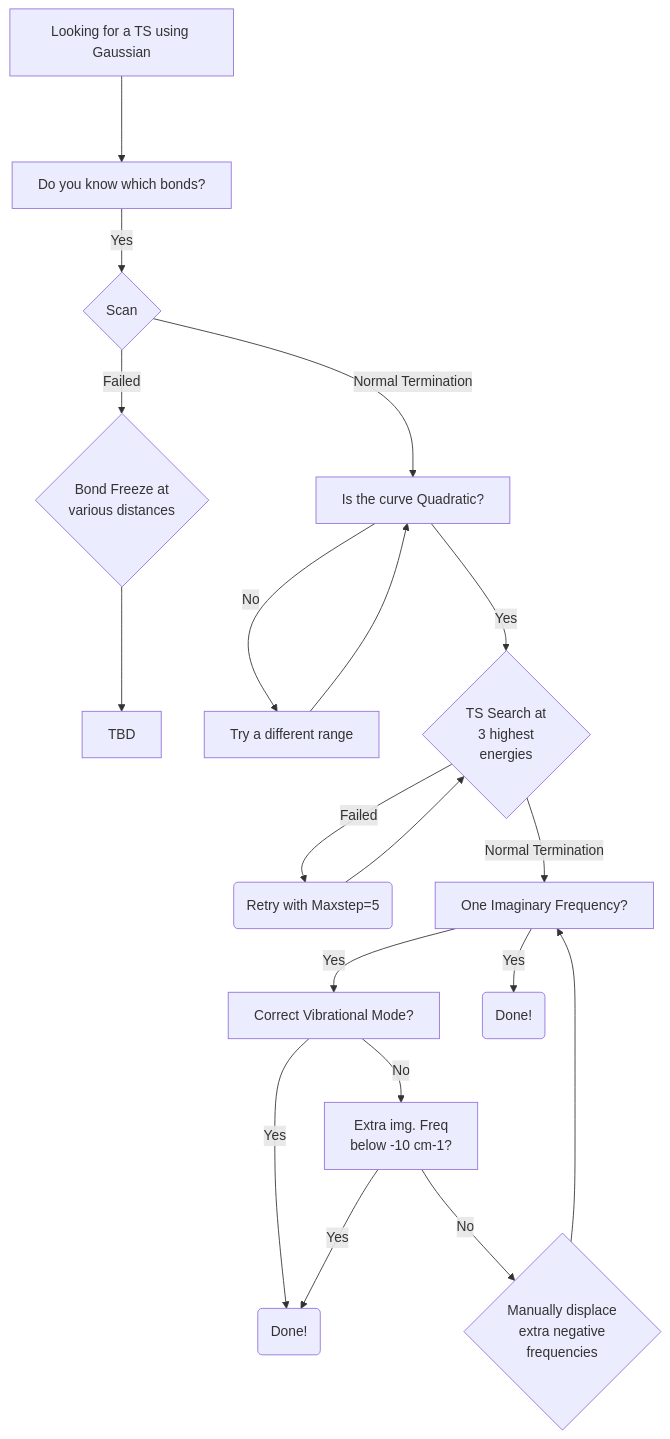
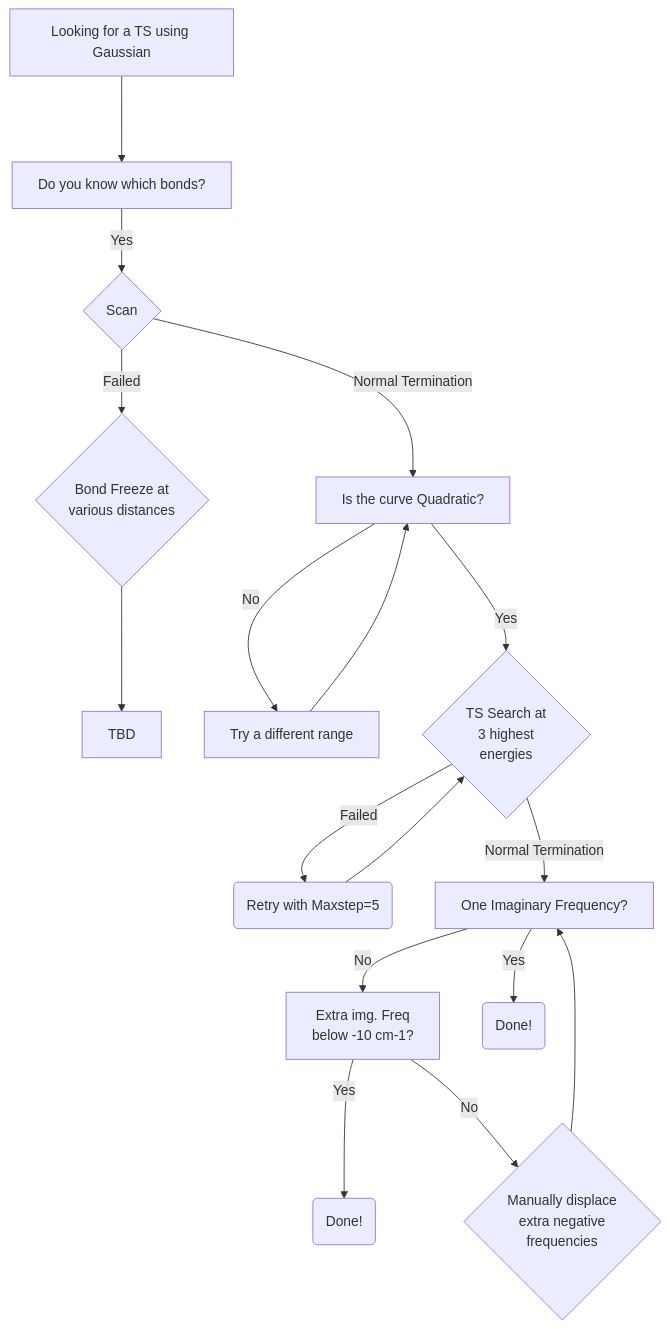
The diagram in tutorials/TS/README.md (Trujillo-Group/trujillo_group_resources), drawn with Mermaid before and after one commit.

Commit message:
Updated TS workflow

````diff
--- a/tutorials/TS/README.md
+++ b/tutorials/TS/README.md
@@ -22,28 +22,26 @@
 ```mermaid
 flowchart TD
     A[Looking for a TS using Gaussian] ---> B[Do you know which bonds?]
     B -- Yes --> C{Scan}
     C -- Failed --> D{Bond Freeze at
                      various distances}
     D --> O[TBD]
     C -- Normal Termination --> E[Is the curve Quadratic?]
     E -- No --> F[Try a different range]
     F --> E
     E -- Yes --> G{TS Search at 
         3 highest
         energies}
     G -- Failed --> H(Retry with Maxstep=5)
     H --> G
     G -- Normal Termination --> I[One Imaginary Frequency?]
-    I -- Yes --> J[Correct Vibrational Mode?]
+    I -- No --> J[Extra img. Freq 
+                below -10 cm-1?]
     J -- Yes --> K(Done!)
-    J -- No --> L[Extra img. Freq 
-                below -10 cm-1?]
-    L -- Yes --> K
-    L -- No --> M{Manually displace
+    J -- No --> M{Manually displace
         extra negative
         frequencies}
     M --> I
     I -- Yes --> N(Done!)
 
 ```
````
